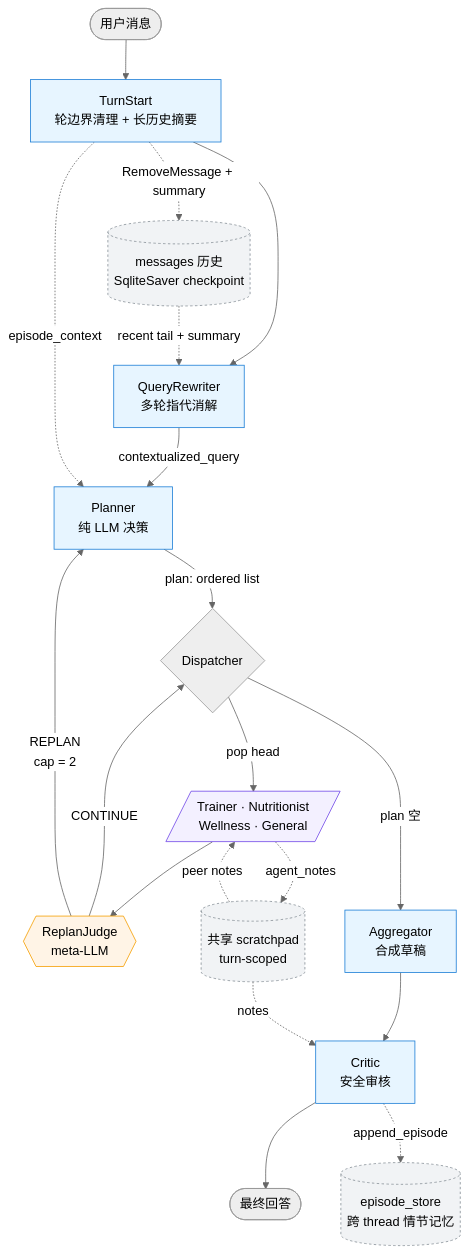
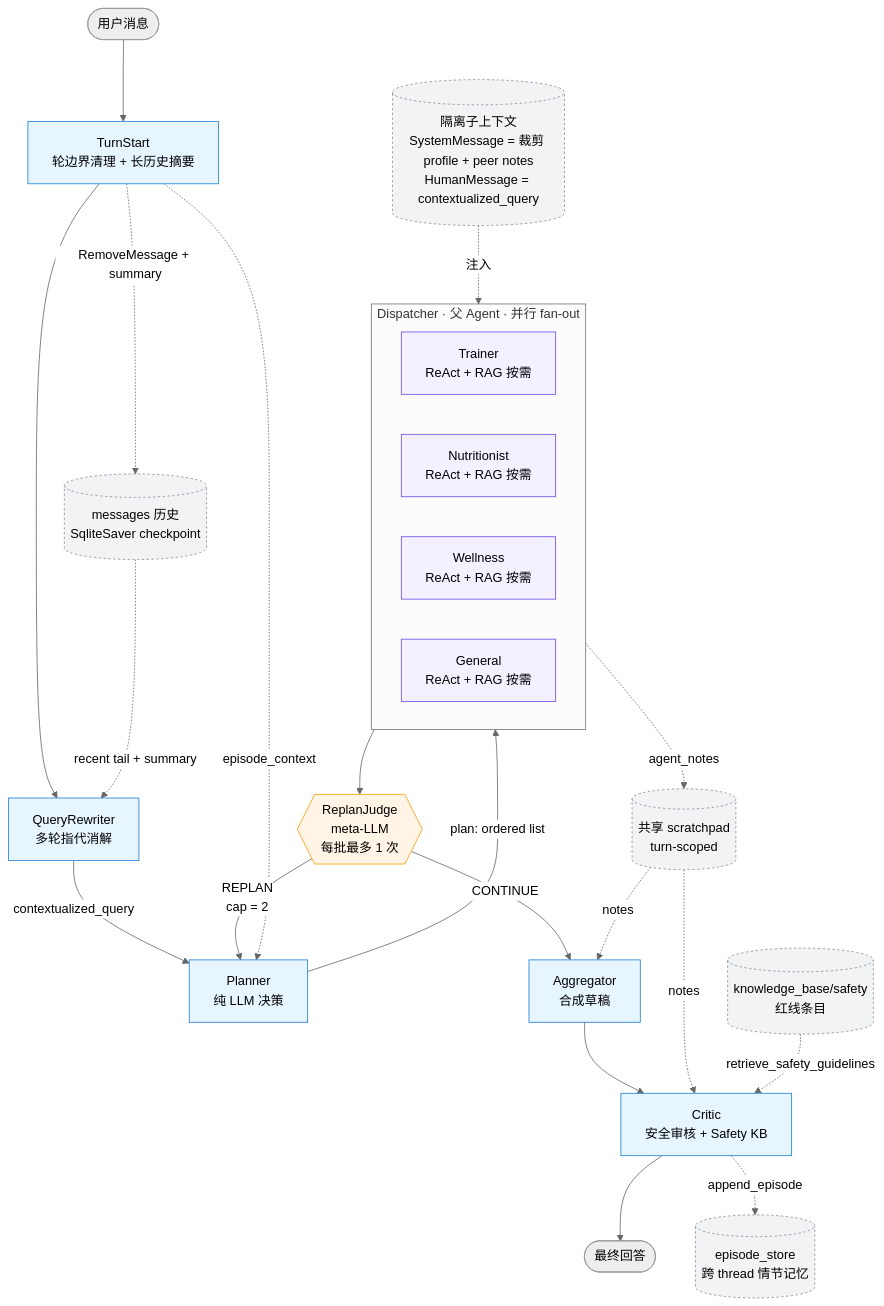
The diagram in README.md (MichaelSou1/wellness-copilot), drawn with Mermaid (neutral theme) before and after one commit. The commit also changed other lines of this file and 29 other files, not shown here.

````diff
--- a/README.md
+++ b/README.md
@@ -17,36 +22,46 @@
 ```mermaid
 flowchart TD
     User([用户消息]) --> TS[TurnStart<br/>轮边界清理 + 长历史摘要]
     TS --> QR[QueryRewriter<br/>多轮指代消解]
     QR -->|contextualized_query| Planner[Planner<br/>纯 LLM 决策]
-    Planner -->|plan: ordered list| Dispatcher{Dispatcher}
+    Planner -->|plan: ordered list| Dispatcher
 
-    Dispatcher -->|pop head| Expert[/Trainer · Nutritionist<br/>Wellness · General/]
-    Expert --> Judge{{ReplanJudge<br/>meta-LLM}}
-    Judge -->|CONTINUE| Dispatcher
+    subgraph Dispatcher [Dispatcher · 父 Agent · 并行 fan-out]
+      direction LR
+      Trainer[Trainer<br/>ReAct + RAG 按需]
+      Nutritionist[Nutritionist<br/>ReAct + RAG 按需]
+      Wellness[Wellness<br/>ReAct + RAG 按需]
+      General[General<br/>ReAct + RAG 按需]
+    end
+
+    Dispatcher --> Judge{{ReplanJudge<br/>meta-LLM<br/>每批最多 1 次}}
+    Judge -->|CONTINUE| Aggregator[Aggregator<br/>合成草稿]
     Judge -->|REPLAN<br/>cap = 2| Planner
-
-    Dispatcher -->|plan 空| Aggregator[Aggregator<br/>合成草稿]
-    Aggregator --> Critic[Critic<br/>安全审核]
+    Aggregator --> Critic[Critic<br/>安全审核 + Safety KB]
     Critic --> Out([最终回答])
 
-    %% 共享 scratchpad（侧通道）
-    Expert -. agent_notes .-> Scratchpad[(共享 scratchpad<br/>turn-scoped)]
-    Scratchpad -. peer notes .-> Expert
+    %% 父 agent 注入的隔离上下文（用一个旁路节点说明，避免在子图内部画 4 条重叠的标签线）
+    Ctx[(隔离子上下文<br/>SystemMessage = 裁剪 profile + peer notes<br/>HumanMessage = contextualized_query)]
+    Ctx -. 注入 .-> Dispatcher
+
+    %% scratchpad 汇聚 + Critic / Aggregator 消费
+    Dispatcher -. agent_notes .-> Scratchpad[(共享 scratchpad<br/>turn-scoped)]
+    Scratchpad -. notes .-> Aggregator
     Scratchpad -. notes .-> Critic
+    SafetyKB[(knowledge_base/safety<br/>红线条目)] -. retrieve_safety_guidelines .-> Critic
 
     %% 长期持久化
     TS -. RemoveMessage + summary .-> History[(messages 历史<br/>SqliteSaver checkpoint)]
     History -. recent tail + summary .-> QR
     Critic -. append_episode .-> EpStore[(episode_store<br/>跨 thread 情节记忆)]
     TS -. episode_context .-> Planner
 
     classDef meta fill:#fff4e6,stroke:#f59f00,stroke-width:1px;
     classDef ctrl fill:#e7f5ff,stroke:#1c7ed6,stroke-width:1px;
     classDef expert fill:#f3f0ff,stroke:#7048e8,stroke-width:1px;
     classDef store fill:#f1f3f5,stroke:#868e96,stroke-width:1px,stroke-dasharray:3 3;
     class TS,QR,Planner,Aggregator,Critic ctrl;
     class Judge meta;
-    class Expert expert;
-    class Scratchpad,History,EpStore store;
+    class Trainer,Nutritionist,Wellness,General expert;
+    class Scratchpad,History,EpStore,SafetyKB,Ctx store;
 ```
````
